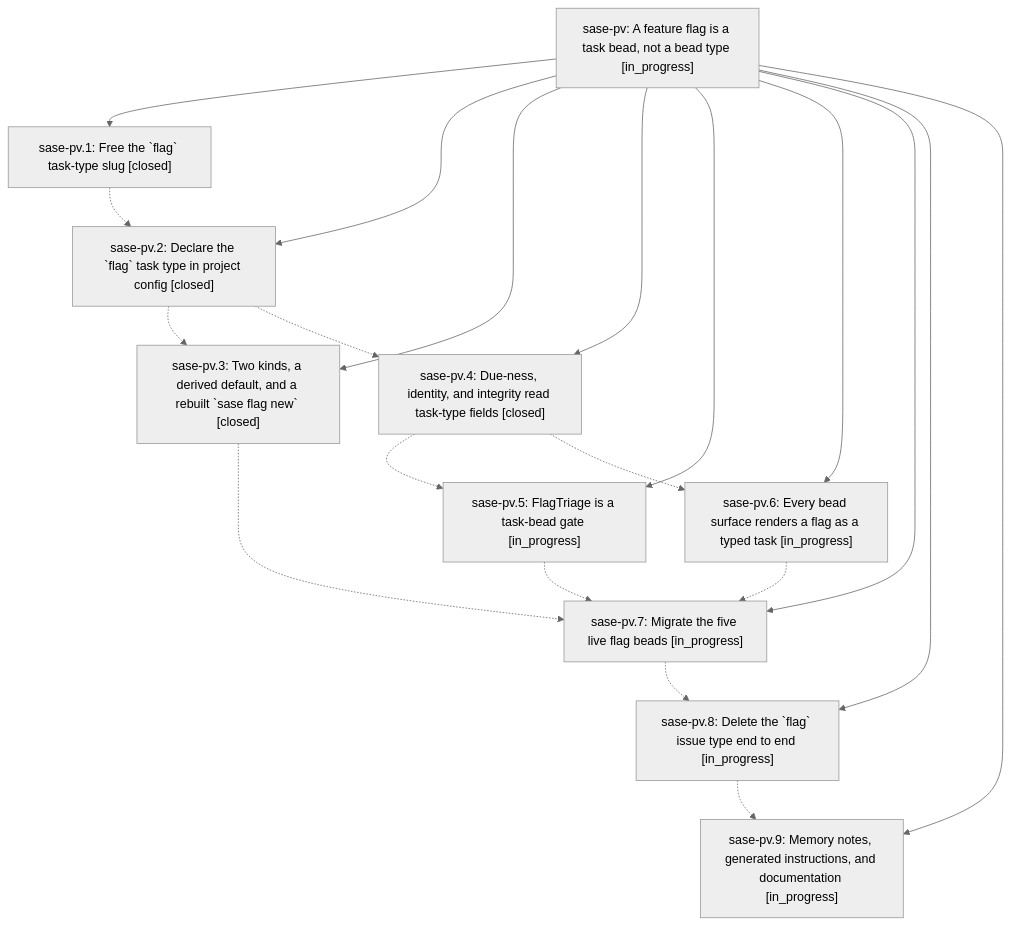
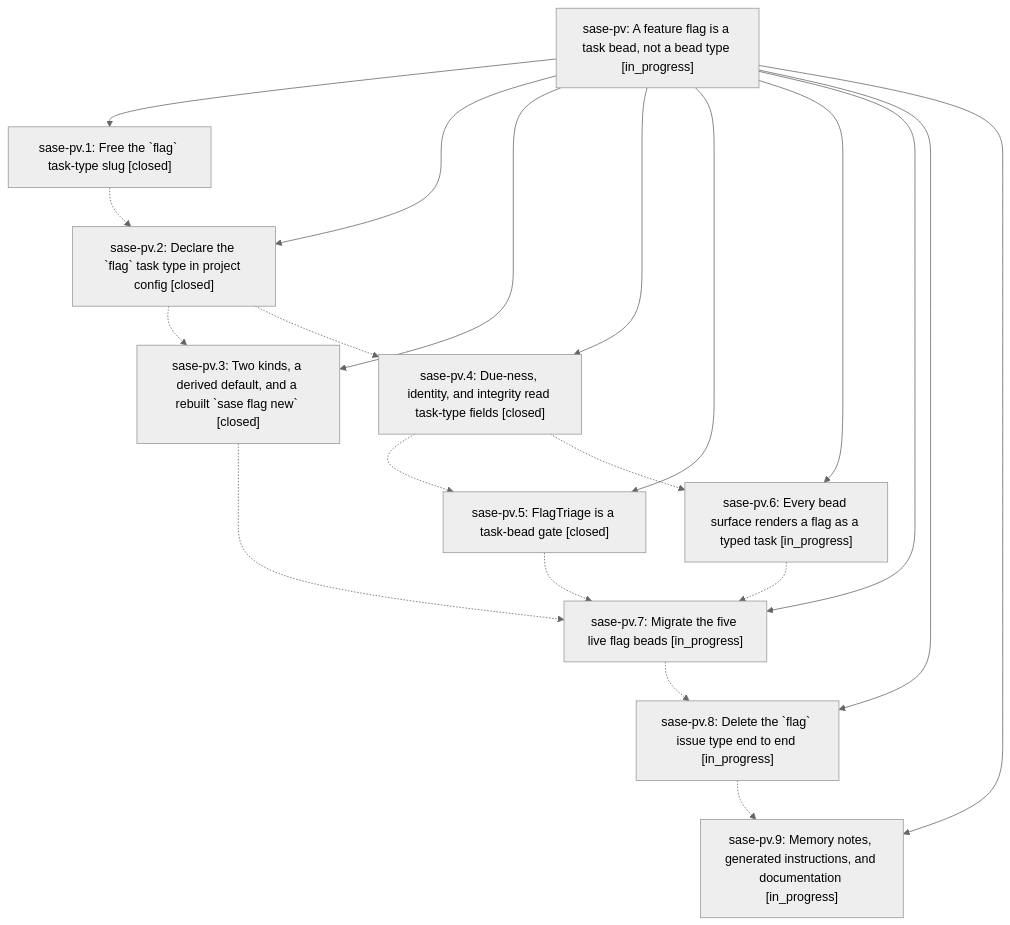
The diagram in pages/sase-pv/README.md (sase-org/sase--beads), drawn with Mermaid (neutral theme) before and after one commit. The commit also changed other lines of this file and 3 other files, not shown here.

First line of the commit message:
chore(beads): sync bead state and pages for sase-pv

````diff
--- a/pages/sase-pv/README.md
+++ b/pages/sase-pv/README.md
@@ -30,32 +48,32 @@
 ```mermaid
 flowchart TD
     n0["sase-pv: A feature flag is a task bead, not a bead type [in_progress]"]
     n1["sase-pv.1: Free the `flag` task-type slug [closed]"]
     n2["sase-pv.2: Declare the `flag` task type in project config [closed]"]
     n3["sase-pv.3: Two kinds, a derived default, and a rebuilt `sase flag new` [closed]"]
     n4["sase-pv.4: Due-ness, identity, and integrity read task-type fields [closed]"]
-    n5["sase-pv.5: FlagTriage is a task-bead gate [in_progress]"]
+    n5["sase-pv.5: FlagTriage is a task-bead gate [closed]"]
     n6["sase-pv.6: Every bead surface renders a flag as a typed task [in_progress]"]
     n7["sase-pv.7: Migrate the five live flag beads [in_progress]"]
     n8["sase-pv.8: Delete the `flag` issue type end to end [in_progress]"]
     n9["sase-pv.9: Memory notes, generated instructions, and documentation [in_progress]"]
     n0 --> n1
     n0 --> n2
     n0 --> n3
     n0 --> n4
     n0 --> n5
     n0 --> n6
     n0 --> n7
     n0 --> n8
     n0 --> n9
     n1 -.-> n2
     n2 -.-> n3
     n2 -.-> n4
     n3 -.-> n7
     n4 -.-> n5
     n4 -.-> n6
     n5 -.-> n7
     n6 -.-> n7
     n7 -.-> n8
     n8 -.-> n9
 ```
````
